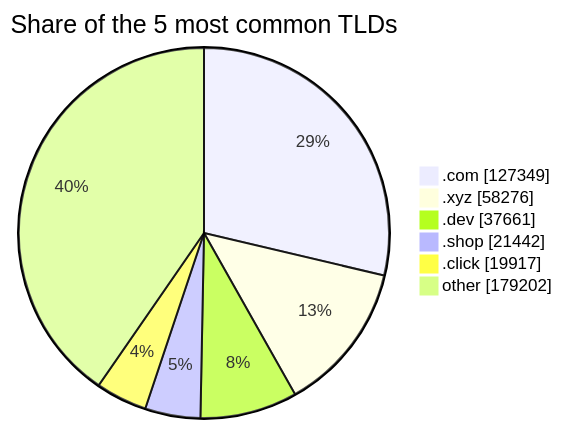
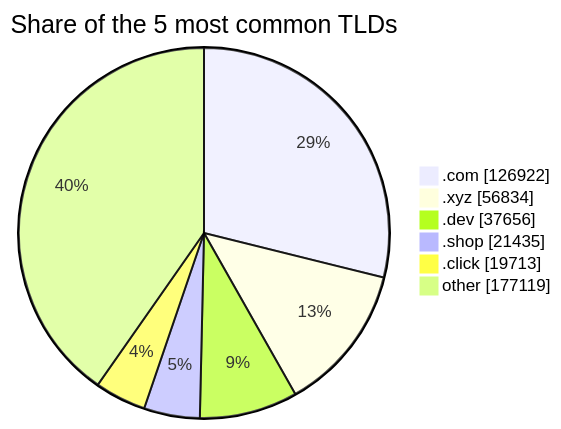
The third of 3 diagrams in README.md (DNSBunker/CTI), drawn with Mermaid before and after one commit. The commit also changed other lines of this file and 3 other files, not shown here.

````diff
--- a/README.md
+++ b/README.md
@@ -81,9 +81,9 @@
 ```mermaid
 pie showData title Share of the 5 most common TLDs
-    ".com" : 127349
-    ".xyz" : 58276
-    ".dev" : 37661
-    ".shop" : 21442
-    ".click" : 19917
-    "other" : 179202
+    ".com" : 126922
+    ".xyz" : 56834
+    ".dev" : 37656
+    ".shop" : 21435
+    ".click" : 19713
+    "other" : 177119
 ```
````
